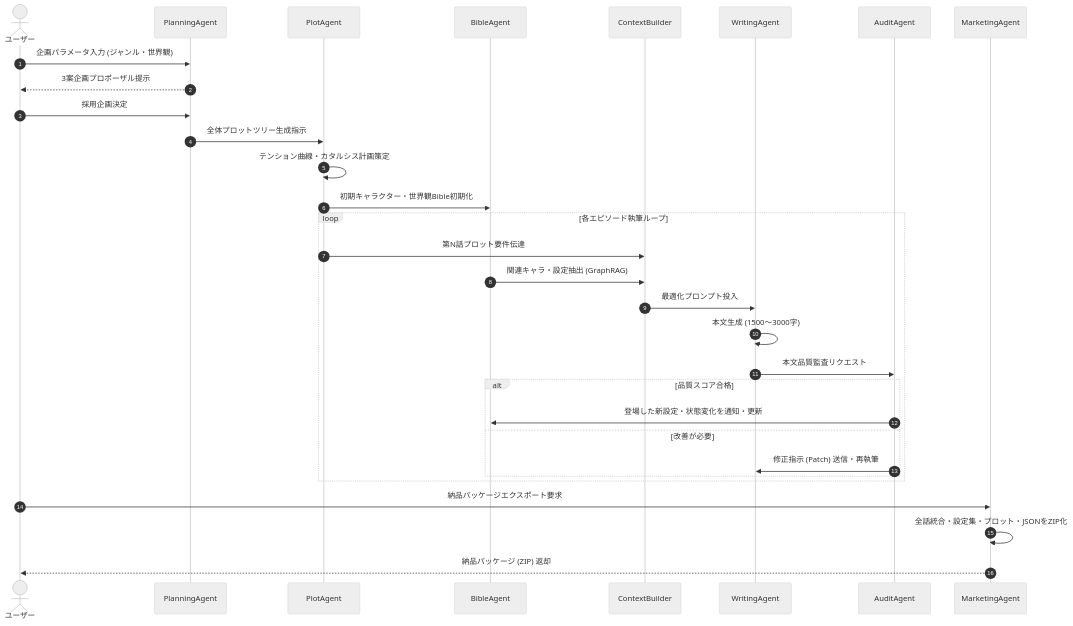
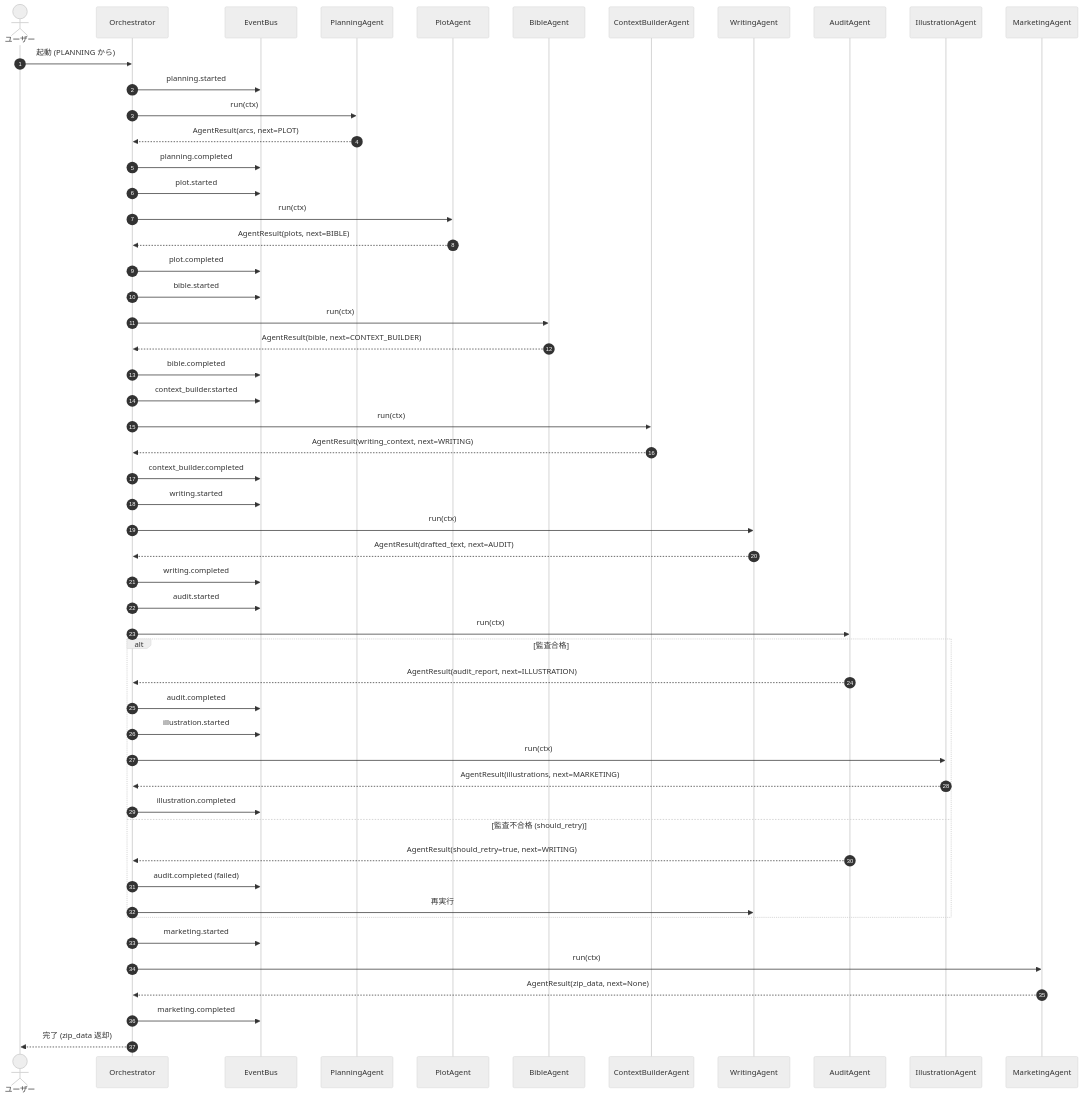
The second of 6 diagrams in README.md (herbmatsui-spec/autonovel), drawn with Mermaid (neutral theme) before and after one commit. The commit also changed other lines of this file and 68 other files, not shown here.

````diff
--- a/README.md
+++ b/README.md
@@ -576,36 +652,62 @@
 ```mermaid
 sequenceDiagram
     autonumber
     actor User as ユーザー
+    participant Orch as Orchestrator
+    participant Bus as EventBus
     participant Planning as PlanningAgent
     participant Plot as PlotAgent
     participant Bible as BibleAgent
-    participant Context as ContextBuilder
+    participant Ctx as ContextBuilderAgent
     participant Writer as WritingAgent
     participant Audit as AuditAgent
+    participant Illust as IllustrationAgent
     participant Market as MarketingAgent
 
-    User->>Planning: 企画パラメータ入力 (ジャンル・世界観)
-    Planning-->>User: 3案企画プロポーザル提示
-    User->>Planning: 採用企画決定
-    Planning->>Plot: 全体プロットツリー生成指示
-    Plot->>Plot: テンション曲線・カタルシス計画策定
-    Plot->>Bible: 初期キャラクター・世界観Bible初期化
+    User->>Orch: 起動 (PLANNING から)
+    Orch->>Bus: planning.started
+    Orch->>Planning: run(ctx)
+    Planning-->>Orch: AgentResult(arcs, next=PLOT)
+    Orch->>Bus: planning.completed
 
-    loop 各エピソード執筆ループ
-        Plot->>Context: 第N話プロット要件伝達
-        Bible->>Context: 関連キャラ・設定抽出 (GraphRAG)
-        Context->>Writer: 最適化プロンプト投入
-        Writer->>Writer: 本文生成 (1500〜3000字)
-        Writer->>Audit: 本文品質監査リクエスト
-        alt 品質スコア合格
-            Audit->>Bible: 登場した新設定・状態変化を通知・更新
-        else 改善が必要
-            Audit->>Writer: 修正指示 (Patch) 送信・再執筆
-        end
+    Orch->>Bus: plot.started
+    Orch->>Plot: run(ctx)
+    Plot-->>Orch: AgentResult(plots, next=BIBLE)
+    Orch->>Bus: plot.completed
+
+    Orch->>Bus: bible.started
+    Orch->>Bible: run(ctx)
+    Bible-->>Orch: AgentResult(bible, next=CONTEXT_BUILDER)
+    Orch->>Bus: bible.completed
+
+    Orch->>Bus: context_builder.started
+    Orch->>Ctx: run(ctx)
+    Ctx-->>Orch: AgentResult(writing_context, next=WRITING)
+    Orch->>Bus: context_builder.completed
+
+    Orch->>Bus: writing.started
+    Orch->>Writer: run(ctx)
+    Writer-->>Orch: AgentResult(drafted_text, next=AUDIT)
+    Orch->>Bus: writing.completed
+
+    Orch->>Bus: audit.started
+    Orch->>Audit: run(ctx)
+    alt 監査合格
+        Audit-->>Orch: AgentResult(audit_report, next=ILLUSTRATION)
+        Orch->>Bus: audit.completed
+        Orch->>Bus: illustration.started
+        Orch->>Illust: run(ctx)
+        Illust-->>Orch: AgentResult(illustrations, next=MARKETING)
+        Orch->>Bus: illustration.completed
+    else 監査不合格 (should_retry)
+        Audit-->>Orch: AgentResult(should_retry=true, next=WRITING)
+        Orch->>Bus: audit.completed (failed)
+        Orch->>Writer: 再実行
     end
 
-    User->>Market: 納品パッケージエクスポート要求
-    Market->>Market: 全話統合・設定集・プロット・JSONをZIP化
-    Market-->>User: 納品パッケージ (ZIP) 返却
+    Orch->>Bus: marketing.started
+    Orch->>Market: run(ctx)
+    Market-->>Orch: AgentResult(zip_data, next=None)
+    Orch->>Bus: marketing.completed
+    Orch-->>User: 完了 (zip_data 返却)
 ```
````
